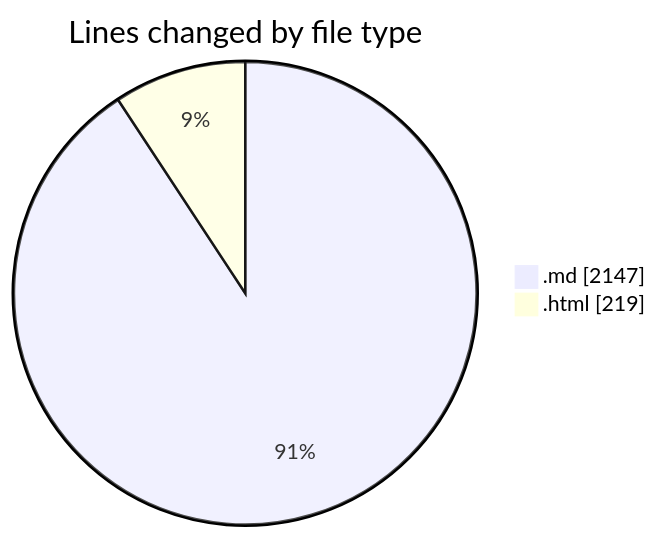
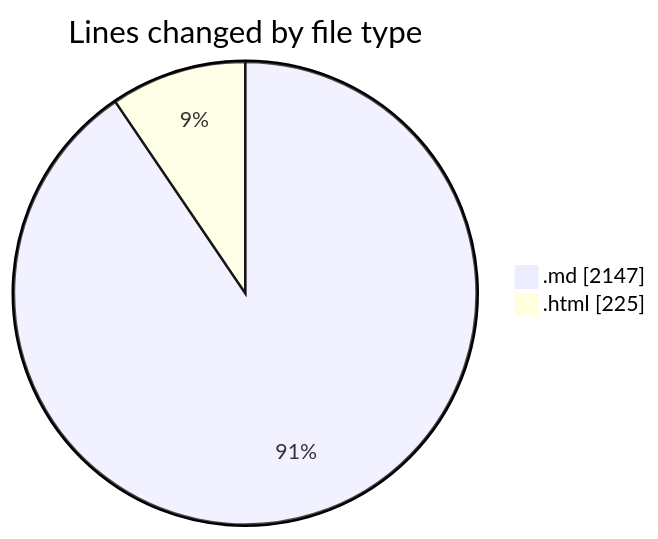
One commit to Ritupan-Deka/code-tracking changed the first of 2 diagrams in 2025-07-07/urlwebwala_intership_work/README.md. Above: the diagram before and after it, drawn with Mermaid. The commit also changed other lines of this file and 1 other file, not shown here.

````diff
--- a/2025-07-07/urlwebwala_intership_work/README.md
+++ b/2025-07-07/urlwebwala_intership_work/README.md
@@ -25,6 +25,6 @@
 ```mermaid
 pie showData
 title Lines changed by file type
 ".md" : 2147
-".html" : 219
+".html" : 225
 ```
````
